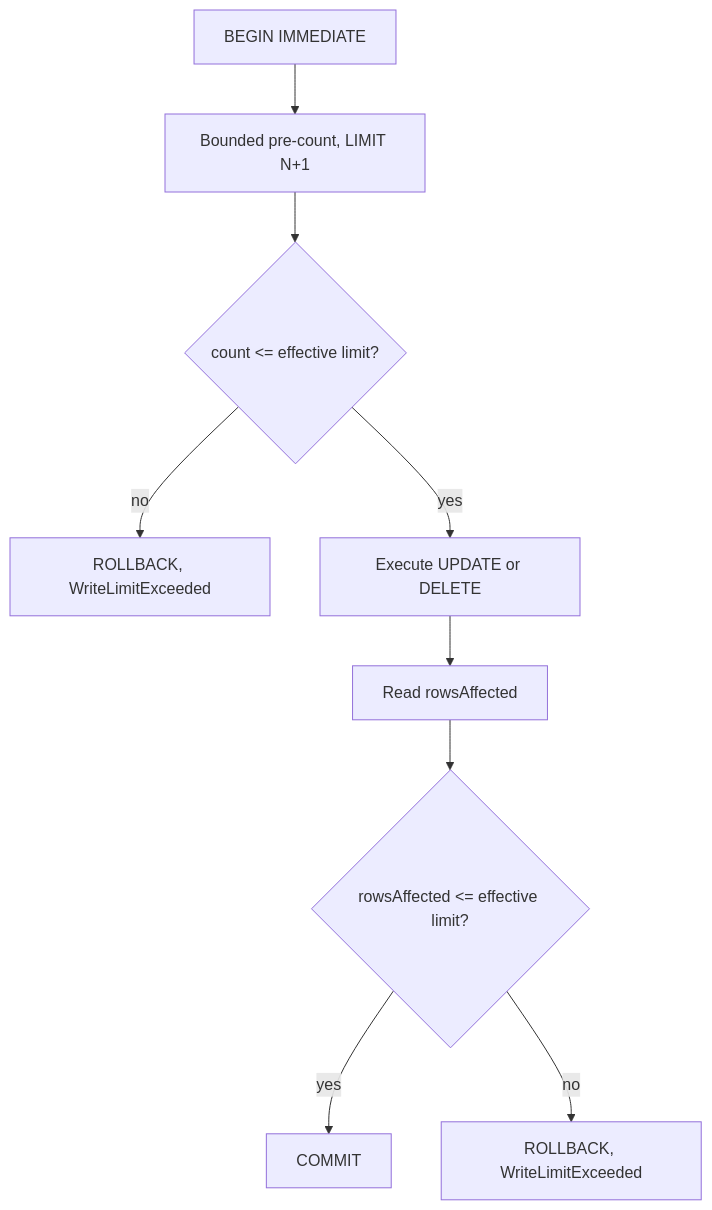
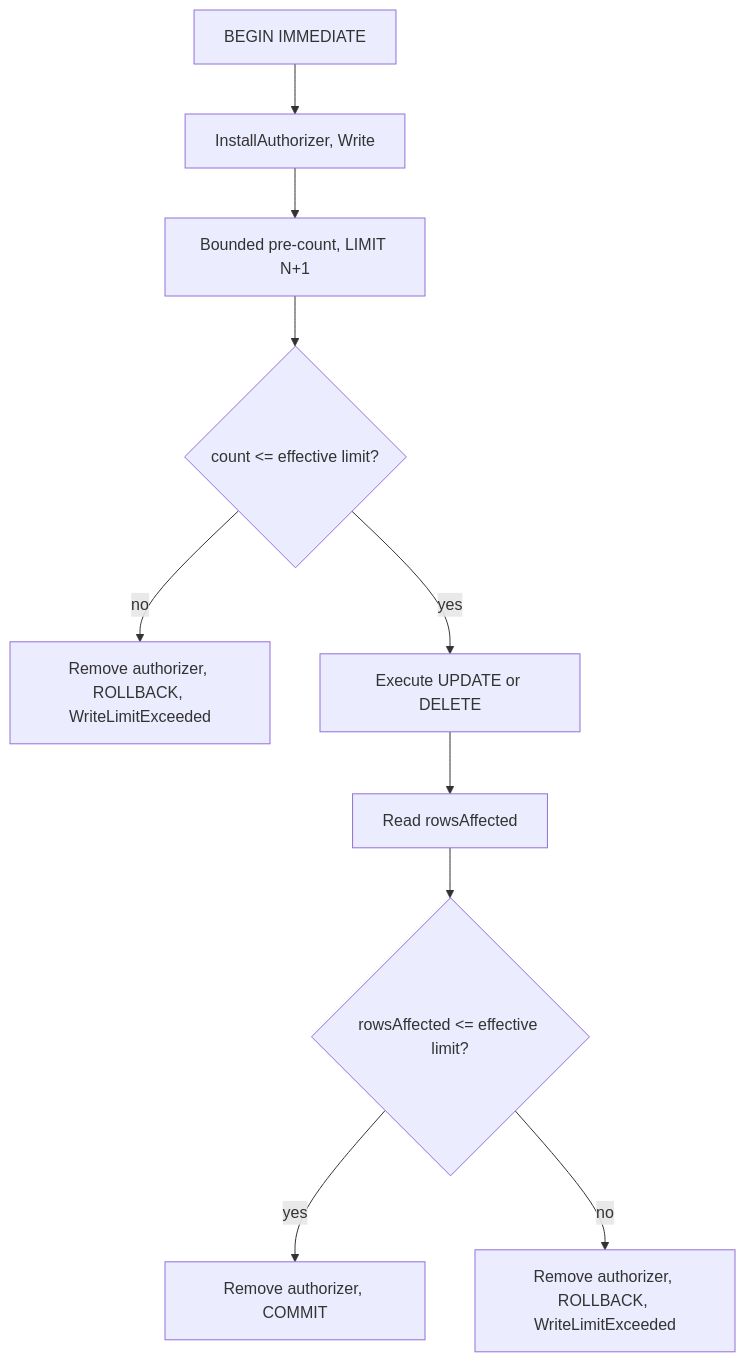
Before and after one commit to xakpc/sqlite-mcp-sidecar: the diagram in .lode/plans/design/structured-writes.md, drawn with Mermaid. The commit also changed other lines of this file and 28 other files, not shown here.

````diff
--- a/.lode/plans/design/structured-writes.md
+++ b/.lode/plans/design/structured-writes.md
@@ -124,11 +105,12 @@
 ```mermaid
 flowchart TD
-    begin[BEGIN IMMEDIATE] --> pre[Bounded pre-count, LIMIT N+1]
+    begin[BEGIN IMMEDIATE] --> authz[InstallAuthorizer, Write]
+    authz --> pre[Bounded pre-count, LIMIT N+1]
     pre --> cmp1{count <= effective limit?}
-    cmp1 -->|no| rb1[ROLLBACK, WriteLimitExceeded]
+    cmp1 -->|no| rb1[Remove authorizer, ROLLBACK, WriteLimitExceeded]
     cmp1 -->|yes| exec[Execute UPDATE or DELETE]
     exec --> count[Read rowsAffected]
     count --> cmp2{rowsAffected <= effective limit?}
-    cmp2 -->|yes| commit[COMMIT]
-    cmp2 -->|no| rb2[ROLLBACK, WriteLimitExceeded]
+    cmp2 -->|yes| commit[Remove authorizer, COMMIT]
+    cmp2 -->|no| rb2[Remove authorizer, ROLLBACK, WriteLimitExceeded]
 ```
````
